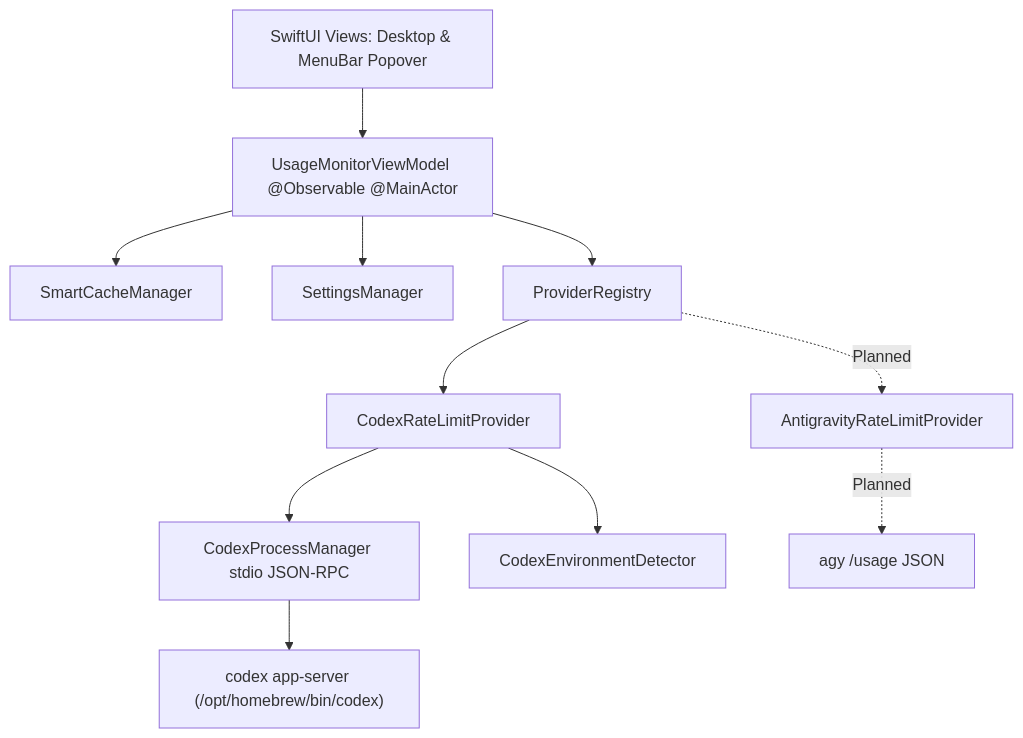
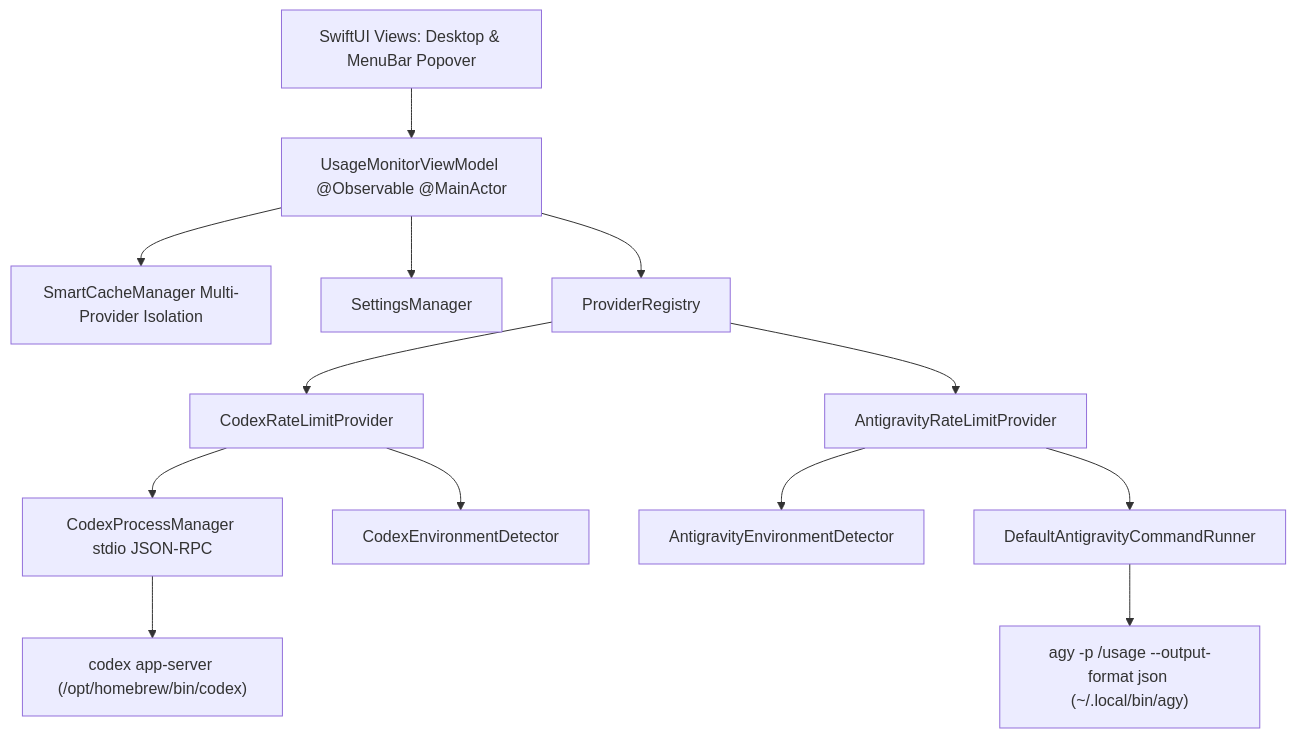
The diagram in handoff.md (yuhaw0715/AgentMeter), drawn with Mermaid before and after one commit. The commit also changed other lines of this file and 41 other files, not shown here.

````diff
--- a/handoff.md
+++ b/handoff.md
@@ -31,13 +22,15 @@
 ```mermaid
 graph TD
     UI[SwiftUI Views: Desktop & MenuBar Popover] --> VM[UsageMonitorViewModel @Observable @MainActor]
-    VM --> Cache[SmartCacheManager]
+    VM --> Cache[SmartCacheManager Multi-Provider Isolation]
     VM --> Settings[SettingsManager]
     VM --> ProviderRegistry[ProviderRegistry]
     ProviderRegistry --> CodexProvider[CodexRateLimitProvider]
-    ProviderRegistry -. Planned .-> AntigravityProvider[AntigravityRateLimitProvider]
+    ProviderRegistry --> AntigravityProvider[AntigravityRateLimitProvider]
     CodexProvider --> ProcessMgr[CodexProcessManager stdio JSON-RPC]
     CodexProvider --> EnvDetector[CodexEnvironmentDetector]
-    AntigravityProvider -. Planned .-> AgyCLI["agy /usage JSON"]
-    ProcessMgr --> HostCLI["codex app-server (/opt/homebrew/bin/codex)"]
+    AntigravityProvider --> AgyDetector[AntigravityEnvironmentDetector]
+    AntigravityProvider --> AgyRunner[DefaultAntigravityCommandRunner]
+    ProcessMgr --> HostCodex["codex app-server (/opt/homebrew/bin/codex)"]
+    AgyRunner --> HostAgy["agy -p /usage --output-format json (~/.local/bin/agy)"]
 ```
````
